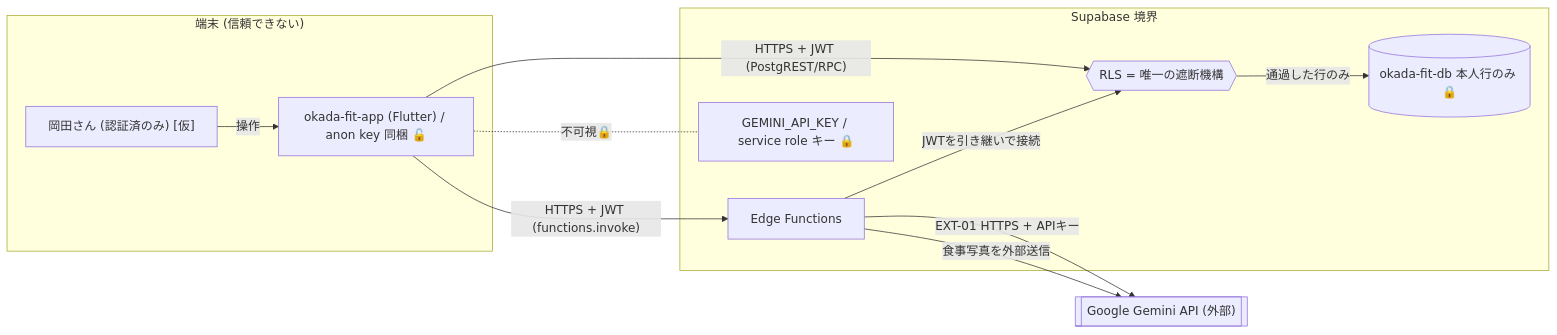
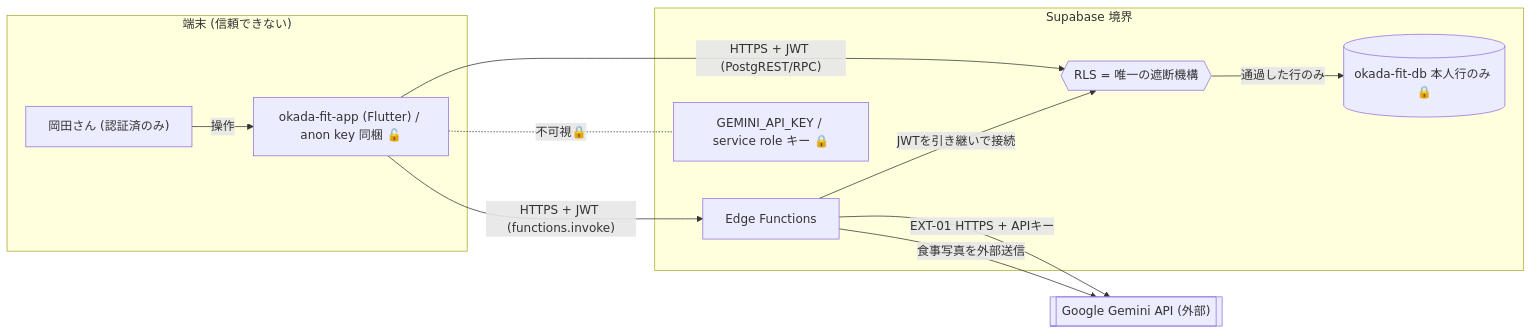
One commit to k-okada51/okada-fit changed the diagram in docs/02_設計/10_システム基本設計/02_境界.md. Above: the diagram before and after it, drawn with Mermaid. The commit also changed other lines of this file and 14 other files, not shown here.

````diff
--- a/docs/02_設計/10_システム基本設計/02_境界.md
+++ b/docs/02_設計/10_システム基本設計/02_境界.md
@@ -19,23 +19,23 @@
 ```mermaid
 flowchart LR
   subgraph PUB["端末 (信頼できない)"]
-    U["岡田さん (認証済のみ) [仮]"]
+    U["岡田さん (認証済のみ)"]
     APP["okada-fit-app (Flutter) / anon key 同梱 🔓"]
   end
   subgraph SB["Supabase 境界"]
     RLS{{"RLS = 唯一の遮断機構"}}
     FN["Edge Functions"]
     SEC["GEMINI_API_KEY / service role キー 🔒"]
     DB[("okada-fit-db 本人行のみ 🔒")]
   end
   GEMINI[["Google Gemini API (外部)"]]
 
   U -- 操作 --> APP
   APP -- "HTTPS + JWT (PostgREST/RPC)" --> RLS
   APP -- "HTTPS + JWT (functions.invoke)" --> FN
   RLS -- 通過した行のみ --> DB
   FN -- JWTを引き継いで接続 --> RLS
   FN -- "EXT-01 HTTPS + APIキー" --> GEMINI
   APP -. 不可視🔒 .- SEC
   FN -- 食事写真を外部送信 --> GEMINI
 ```
````
